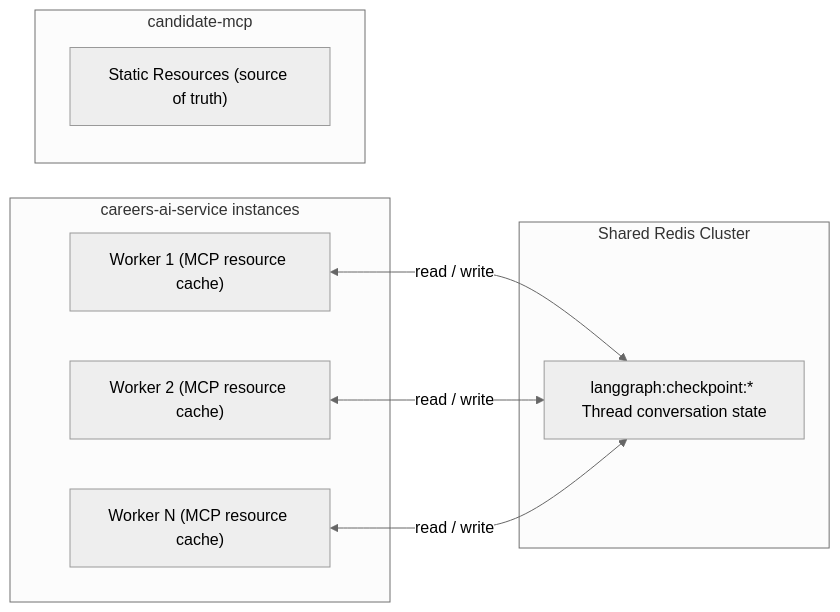
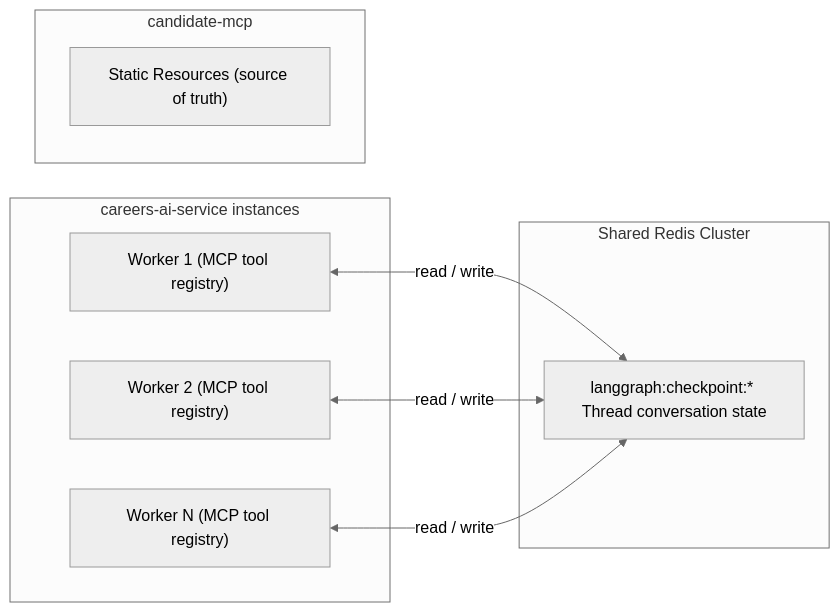
Diagram 27 of 30 in LLD_POST_APPLY_ASSISTANT.md (venkat-raman17/candidate-agent), drawn with Mermaid (neutral theme) before and after one commit. The commit also changed other lines of this file, not shown here.

````diff
--- a/LLD_POST_APPLY_ASSISTANT.md
+++ b/LLD_POST_APPLY_ASSISTANT.md
@@ -1598,18 +1613,18 @@
 ```mermaid
 flowchart LR
     subgraph "careers-ai-service instances"
-        W1["Worker 1 (MCP resource cache)"]
-        W2["Worker 2 (MCP resource cache)"]
-        WN["Worker N (MCP resource cache)"]
+        W1["Worker 1 (MCP tool registry)"]
+        W2["Worker 2 (MCP tool registry)"]
+        WN["Worker N (MCP tool registry)"]
     end
 
     subgraph "Shared Redis Cluster"
         NS2["langgraph:checkpoint:* Thread conversation state"]
     end
 
     subgraph "candidate-mcp"
         SR["Static Resources (source of truth)"]
     end
 
     W1 & W2 & WN <-->|"read / write"| NS2
 ```
````
